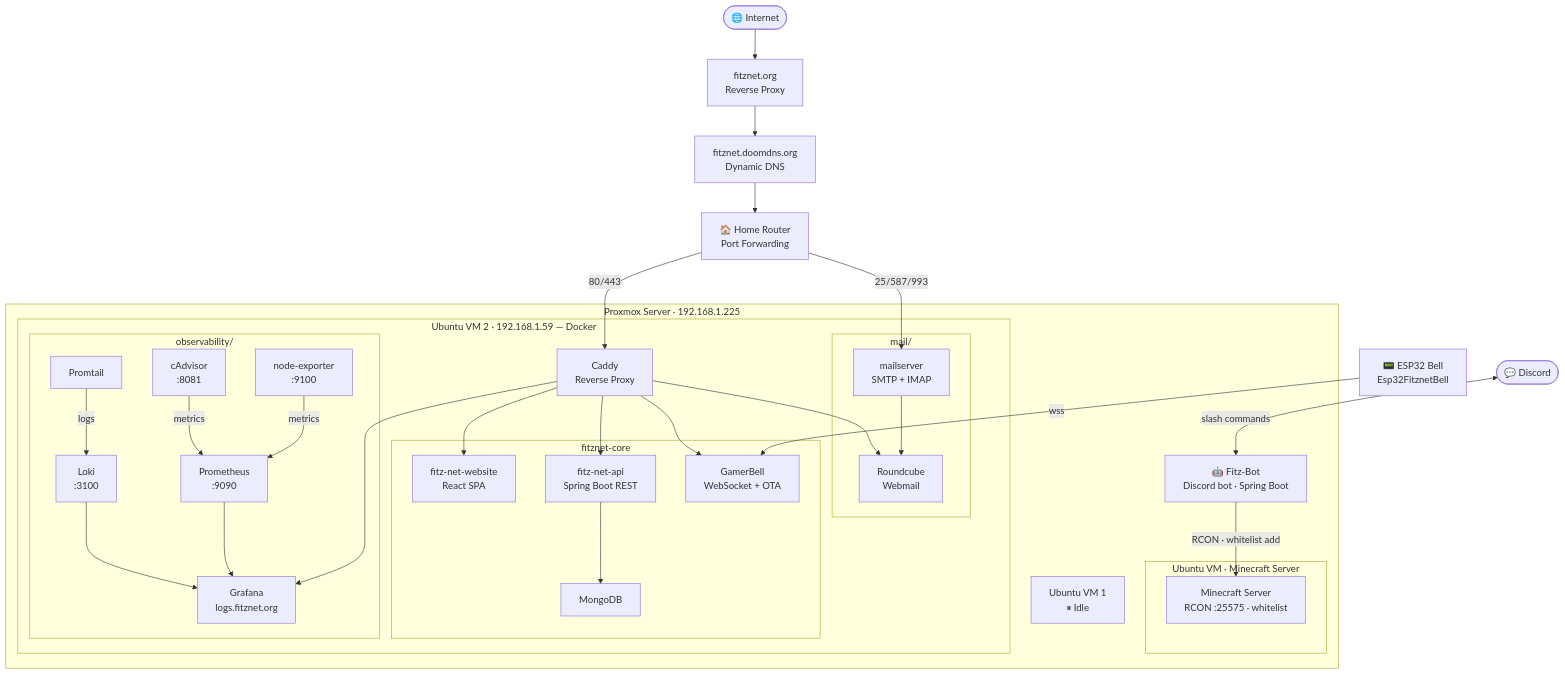
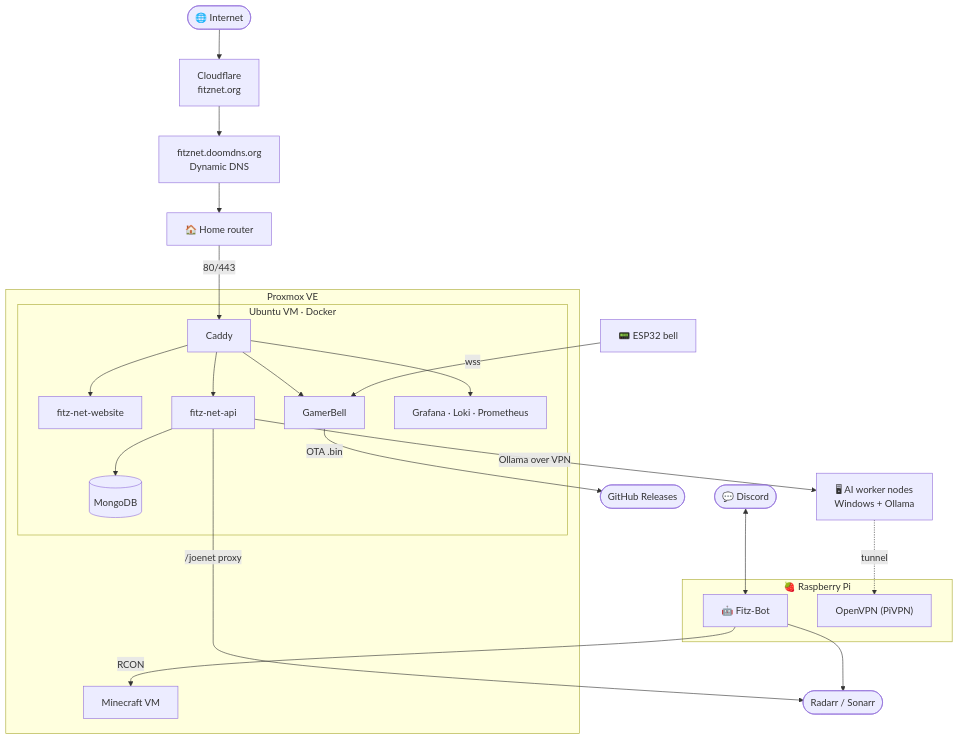
Before and after one commit to mattlol85/Fitz-Net: the diagram in README.md, drawn with Mermaid. The commit also changed other lines of this file and 7 other files, not shown here.

````diff
--- a/README.md
+++ b/README.md
@@ -91,65 +40,34 @@
 ```mermaid
 graph TD
-    Internet(["🌐 Internet"])
-    FitznetOrg["fitznet.org\nReverse Proxy"]
-    DNS["fitznet.doomdns.org\nDynamic DNS"]
-    Router["🏠 Home Router\nPort Forwarding"]
+    Internet(["🌐 Internet"]) --> CF["Cloudflare<br/>fitznet.org"] --> DDNS["fitznet.doomdns.org<br/>Dynamic DNS"] --> Router["🏠 Home router"]
 
-    subgraph Proxmox["Proxmox Server · 192.168.1.225"]
-        VM1["Ubuntu VM 1\n⏸ Idle"]
-
-        subgraph VM2["Ubuntu VM 2 · 192.168.1.59 — Docker"]
-            Caddy["Caddy\nReverse Proxy"]
-
-            subgraph Core["fitznet-core"]
-                Website["fitz-net-website\nReact SPA"]
-                API["fitz-net-api\nSpring Boot REST"]
-                Bell["GamerBell\nWebSocket + OTA"]
-                Mongo["MongoDB"]
-            end
-
-            subgraph Mail["mail/"]
-                MailServer["mailserver\nSMTP + IMAP"]
-                Roundcube["Roundcube\nWebmail"]
-            end
-
-            subgraph Obs["observability/"]
-                Grafana["Grafana\nlogs.fitznet.org"]
-                Prometheus["Prometheus\n:9090"]
-                Loki["Loki\n:3100"]
-                Promtail["Promtail"]
-                CAdvisor["cAdvisor\n:8081"]
-                NodeExp["node-exporter\n:9100"]
-            end
+    subgraph Proxmox["Proxmox VE"]
+        subgraph Docker["Ubuntu VM · Docker"]
+            Caddy["Caddy"]
+            Website["fitz-net-website"]
+            API["fitz-net-api"]
+            Bell["GamerBell"]
+            Mongo[("MongoDB")]
+            Obs["Grafana · Loki · Prometheus"]
         end
-
-        FitzBot["🤖 Fitz-Bot\nDiscord bot · Spring Boot"]
-
-        subgraph VM3["Ubuntu VM · Minecraft Server"]
-            MC["Minecraft Server\nRCON :25575 · whitelist"]
-        end
+        MC["Minecraft VM"]
     end
 
-    ESP32["📟 ESP32 Bell\nEsp32FitznetBell"]
-    Discord(["💬 Discord"])
+    subgraph Pi["🍓 Raspberry Pi"]
+        Bot["🤖 Fitz-Bot"]
+        VPN["OpenVPN (PiVPN)"]
+    end
 
-    Internet --> FitznetOrg --> DNS --> Router
     Router -->|"80/443"| Caddy
-    Router -->|"25/587/993"| MailServer
-    Caddy --> Website
-    Caddy --> API
-    Caddy --> Bell
-    Caddy --> Roundcube
-    Caddy --> Grafana
+    Caddy --> Website & API & Bell & Obs
     API --> Mongo
-    MailServer --> Roundcube
-    ESP32 -->|"wss"| Bell
-    Discord <-->|"slash commands"| FitzBot
-    FitzBot -->|"RCON · whitelist add"| MC
+    API -->|"Ollama over VPN"| Nodes["🖥 AI worker nodes<br/>Windows + Ollama"]
+    Nodes -.->|"tunnel"| VPN
+    ESP32["📟 ESP32 bell"] -->|"wss"| Bell
+    Bell -->|"OTA .bin"| GH(["GitHub Releases"])
+    API -->|"/joenet proxy"| Joenet(["Radarr / Sonarr"])
 
-    Promtail -->|"logs"| Loki
-    CAdvisor -->|"metrics"| Prometheus
-    NodeExp -->|"metrics"| Prometheus
-    Loki --> Grafana
-    Prometheus --> Grafana
+    Discord(["💬 Discord"]) <--> Bot
+    Bot -->|"RCON"| MC
+    Bot --> Joenet
 ```
````
